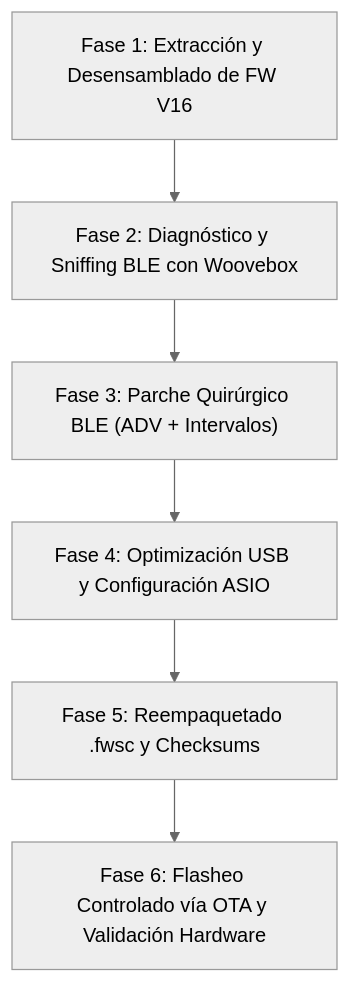
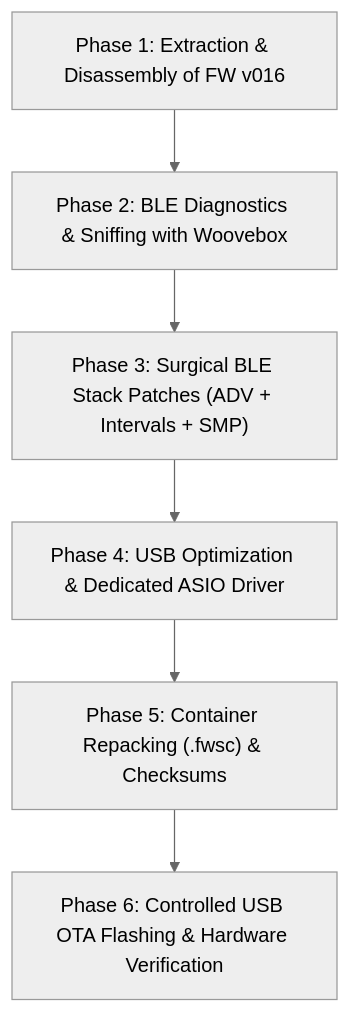
The diagram in PLAN.md (amalahama/smk37-firmware-custom-mod), drawn with Mermaid (neutral theme) before and after one commit. The commit also changed other lines of this file and 12 other files, not shown here.

````diff
--- a/PLAN.md
+++ b/PLAN.md
@@ -3,8 +3,8 @@
 ```mermaid
 flowchart TD
-    Fase1["Fase 1: Extracción y Desensamblado de FW V16"] --> Fase2["Fase 2: Diagnóstico y Sniffing BLE con Woovebox"]
-    Fase2 --> Fase3["Fase 3: Parche Quirúrgico BLE (ADV + Intervalos)"]
-    Fase3 --> Fase4["Fase 4: Optimización USB y Configuración ASIO"]
-    Fase4 --> Fase5["Fase 5: Reempaquetado .fwsc y Checksums"]
-    Fase5 --> Fase6["Fase 6: Flasheo Controlado vía OTA y Validación Hardware"]
+    Phase1["Phase 1: Extraction & Disassembly of FW v016"] --> Phase2["Phase 2: BLE Diagnostics & Sniffing with Woovebox"]
+    Phase2 --> Phase3["Phase 3: Surgical BLE Stack Patches (ADV + Intervals + SMP)"]
+    Phase3 --> Phase4["Phase 4: USB Optimization & Dedicated ASIO Driver"]
+    Phase4 --> Phase5["Phase 5: Container Repacking (.fwsc) & Checksums"]
+    Phase5 --> Phase6["Phase 6: Controlled USB OTA Flashing & Hardware Verification"]
 ```
````
